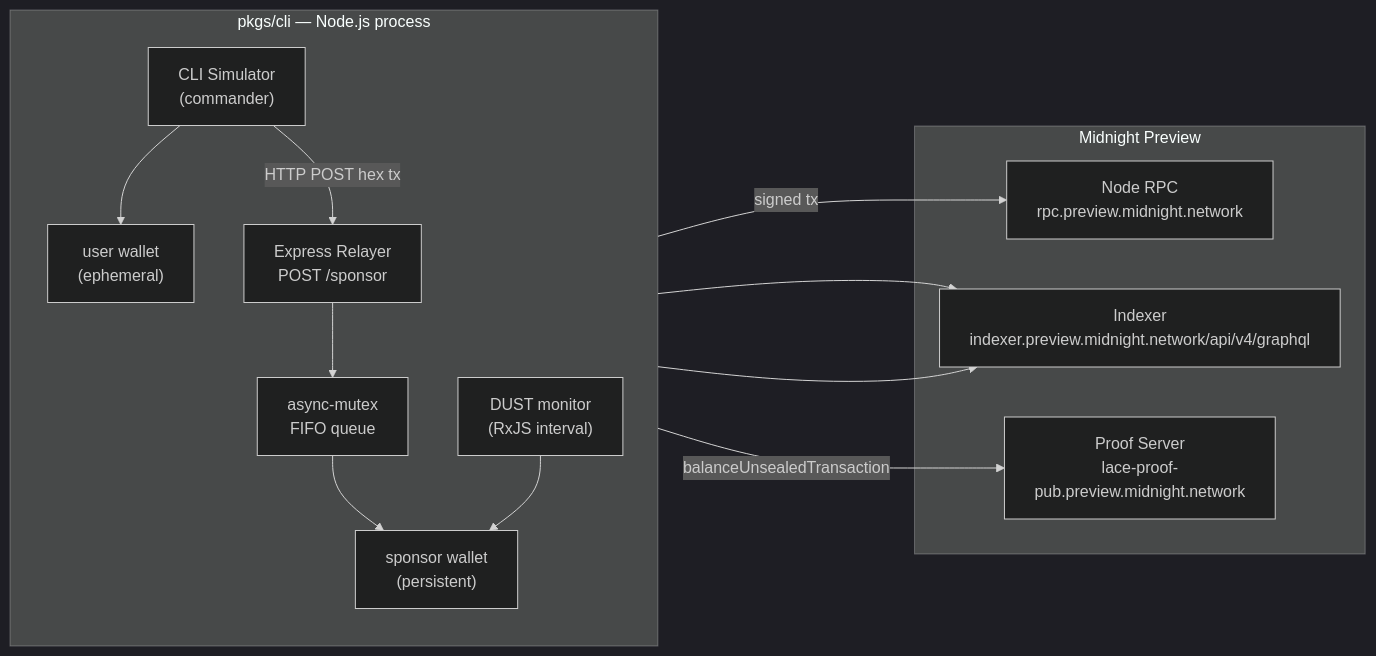
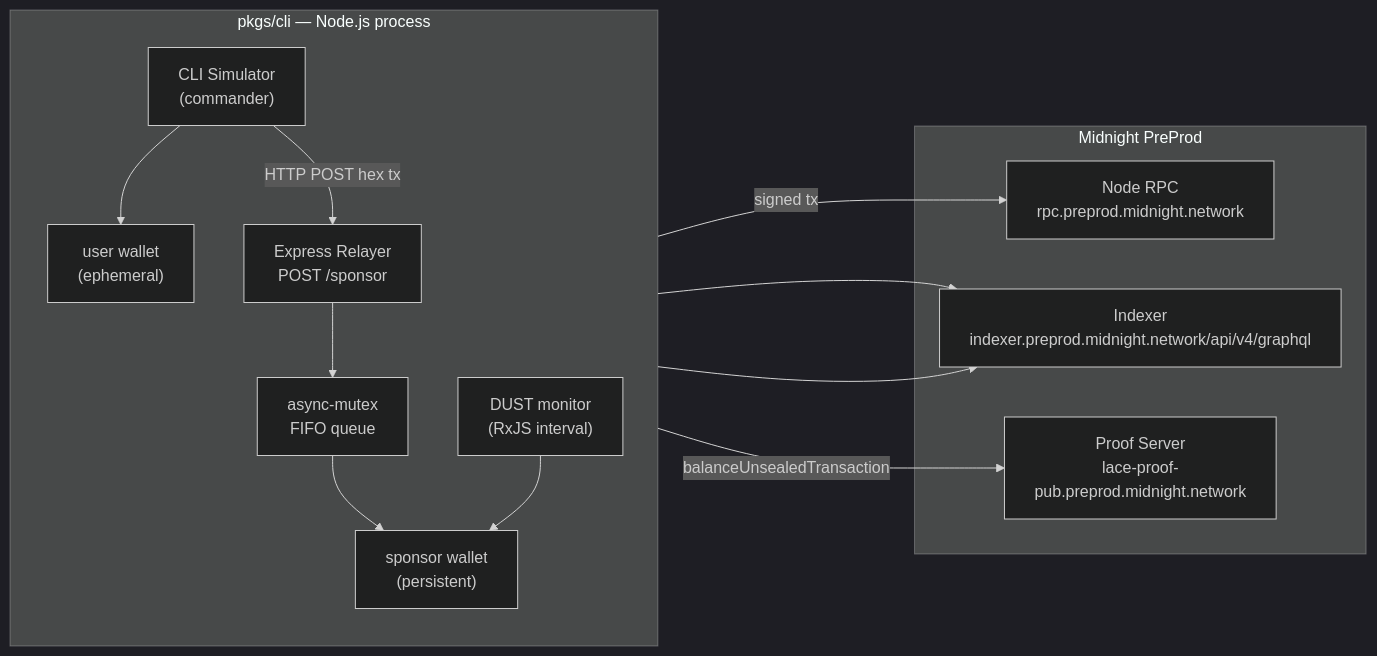
The first of 3 diagrams in .kiro/specs/dust-regen-relayer/design.md (0xhexz/dustregen-relayer), drawn with Mermaid (dark theme) before and after one commit. The commit also changed other lines of this file and 10 other files, not shown here.

Commit message:
refactor: retarget from Preview to PreProd network

````diff
--- a/.kiro/specs/dust-regen-relayer/design.md
+++ b/.kiro/specs/dust-regen-relayer/design.md
@@ -47,28 +47,28 @@
 ```mermaid
 flowchart LR
   subgraph CLI["pkgs/cli — Node.js process"]
     direction TB
     SimEntry["CLI Simulator<br/>(commander)"]
     UserWallet["user wallet<br/>(ephemeral)"]
     Relayer["Express Relayer<br/>POST /sponsor"]
     SponsorWallet["sponsor wallet<br/>(persistent)"]
     Mutex["async-mutex<br/>FIFO queue"]
     Monitor["DUST monitor<br/>(RxJS interval)"]
   end
 
-  subgraph Network["Midnight Preview"]
-    Node["Node RPC<br/>rpc.preview.midnight.network"]
-    Indexer["Indexer<br/>indexer.preview.midnight.network/api/v4/graphql"]
-    Proof["Proof Server<br/>lace-proof-pub.preview.midnight.network"]
+  subgraph Network["Midnight PreProd"]
+    Node["Node RPC<br/>rpc.preprod.midnight.network"]
+    Indexer["Indexer<br/>indexer.preprod.midnight.network/api/v4/graphql"]
+    Proof["Proof Server<br/>lace-proof-pub.preprod.midnight.network"]
   end
 
   SimEntry --> UserWallet
   SimEntry -->|HTTP POST hex tx| Relayer
   Relayer --> Mutex
   Mutex --> SponsorWallet
   SponsorWallet -->|balanceUnsealedTransaction| Proof
   SponsorWallet --> Indexer
   UserWallet --> Indexer
   UserWallet -->|signed tx| Node
   Monitor --> SponsorWallet
 ```
````
